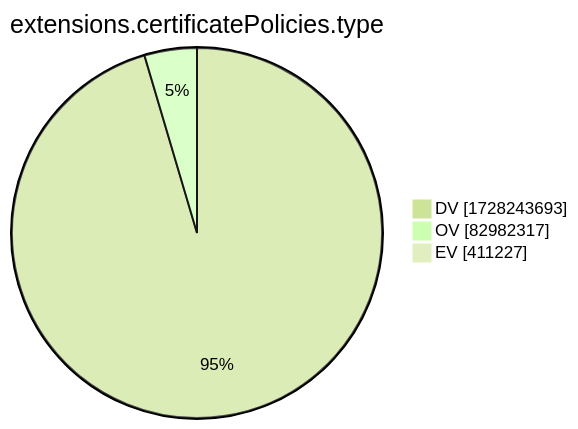
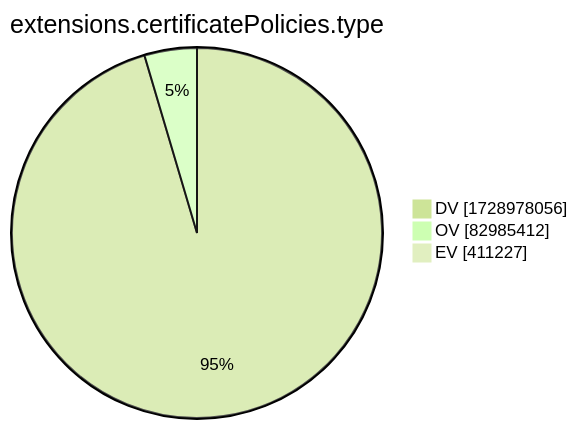
Before and after one commit to christiankrug/ctmonitor_visualization: the tenth of 15 diagrams in xenon2022/README.md, drawn with Mermaid (forest theme). The commit also changed other lines of this file, not shown here.

````diff
--- a/xenon2022/README.md
+++ b/xenon2022/README.md
@@ -2881,7 +2881,7 @@
 ```mermaid
 pie showData
 title extensions.certificatePolicies.type
-"DV" :1728243693
-"OV" :82982317
+"DV" :1728978056
+"OV" :82985412
 "EV" :411227
 ```
````
